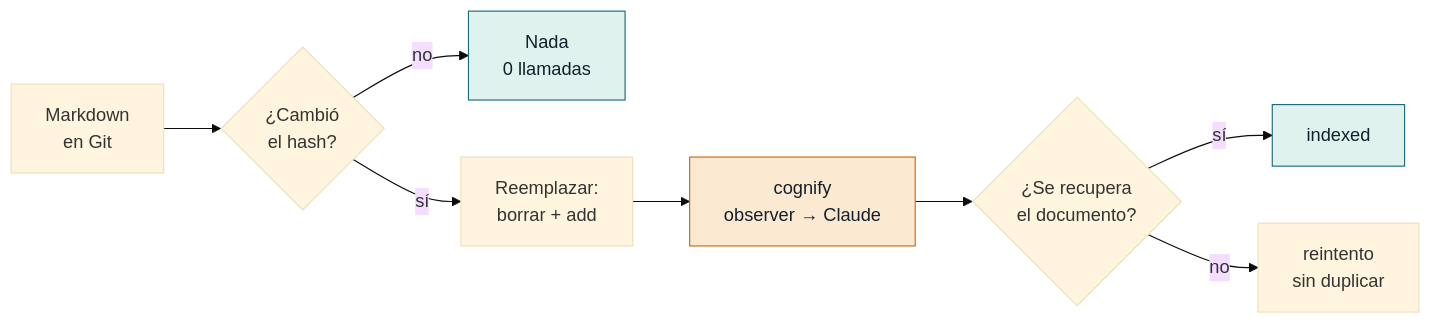
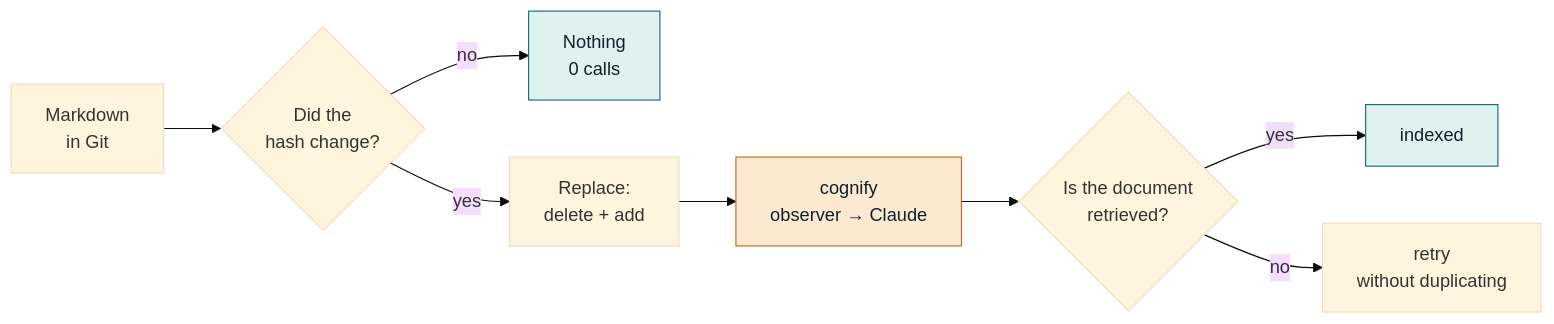
Before and after one commit to WRopero/Timewarden: the second of 5 diagrams in docs/diagrams.md, drawn with Mermaid (base theme). The commit also changed other lines of this file and 97 other files, not shown here.

````diff
--- a/docs/diagrams.md
+++ b/docs/diagrams.md
@@ -37,14 +37,14 @@
 ```mermaid
 flowchart LR
-  A["Markdown<br/>en Git"] --> C{"¿Cambió<br/>el hash?"}
-  C -->|"no"| Z["Nada<br/>0 llamadas"]
-  C -->|"sí"| D["Reemplazar:<br/>borrar + add"]
+  A["Markdown<br/>in Git"] --> C{"Did the<br/>hash change?"}
+  C -->|"no"| Z["Nothing<br/>0 calls"]
+  C -->|"yes"| D["Replace:<br/>delete + add"]
   D --> H["cognify<br/>observer → Claude"]
-  H --> I{"¿Se recupera<br/>el documento?"}
-  I -->|"sí"| J["indexed"]
-  I -->|"no"| K["reintento<br/>sin duplicar"]
+  H --> I{"Is the document<br/>retrieved?"}
+  I -->|"yes"| J["indexed"]
+  I -->|"no"| K["retry<br/>without duplicating"]
   classDef free fill:#E0F2EE,stroke:#176B7B,color:#12202B
   classDef cost fill:#FCE9D2,stroke:#C96A12,color:#12202B
   class Z,J free
   class H cost
 ```
````
